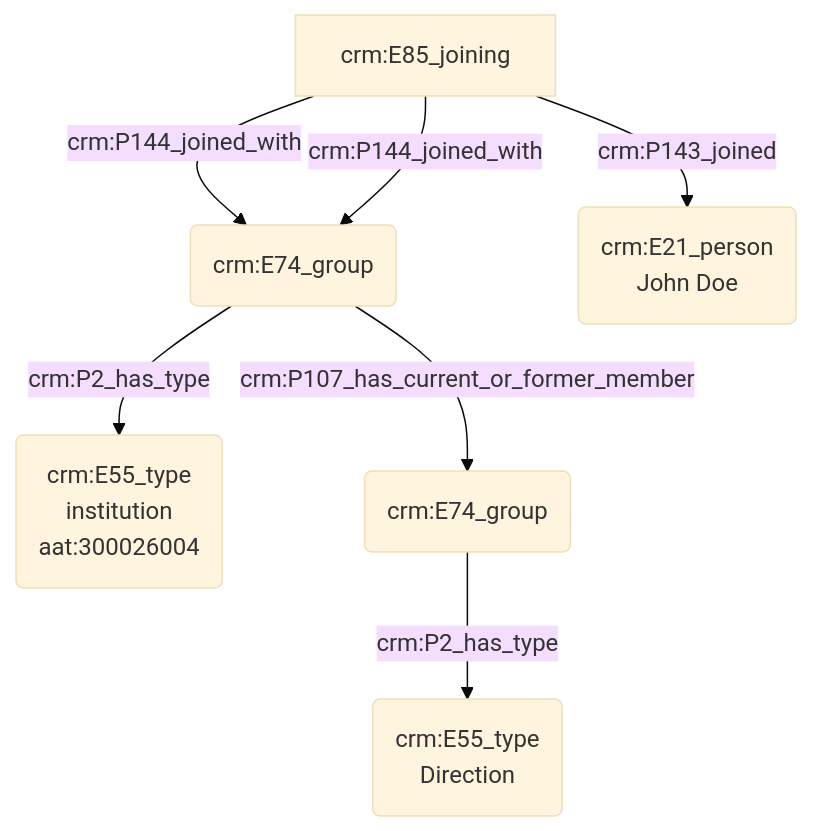
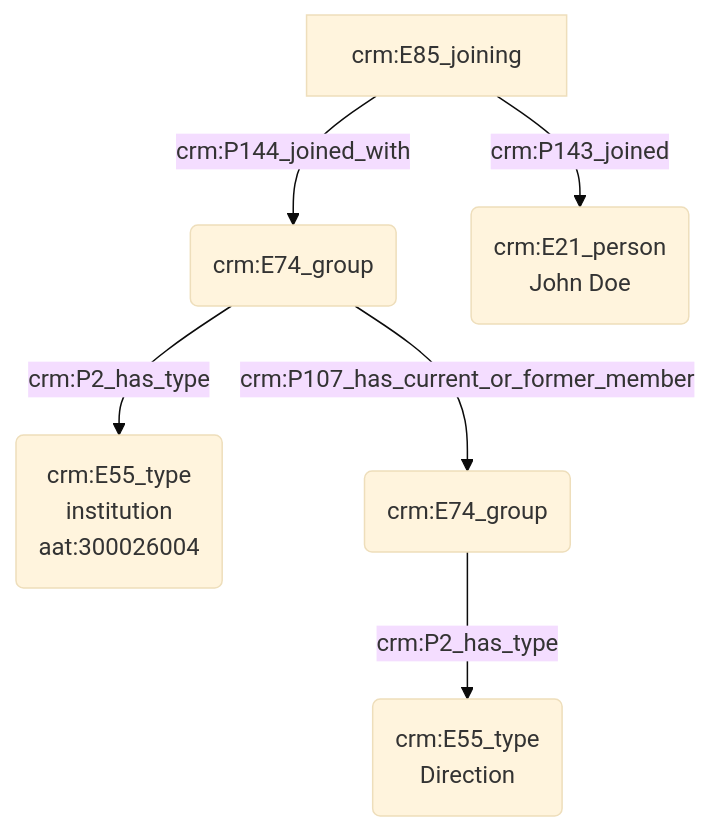
Before and after one commit to Amleth/consortium-musica2-gt2-ontologies: the diagram in modules/livrables/Dossier 2/Indexation conceptuelle/statut et fonction d'une personne réelle.md, drawn with Mermaid (base theme).

Commit message:
Update statut et fonction d'une personne réelle.md

````diff
--- a/modules/livrables/Dossier 2/Indexation conceptuelle/statut et fonction d'une personne réelle.md
+++ b/modules/livrables/Dossier 2/Indexation conceptuelle/statut et fonction d'une personne réelle.md
@@ -11,11 +11,10 @@
 ```mermaid
 graph TD;
 
 M(crm:E74_group) -->|crm:P2_has_type| N(crm:E55_type<br>institution<br>aat:300026004)
-U[crm:E85_joining] --> |crm:P144_joined_with| M(crm:E74_group)
 M(crm:E74_group) --> |crm:P107_has_current_or_former_member| S(crm:E74_group)
 S(crm:E74_group) --> |crm:P2_has_type| T(crm:E55_type<br>Direction)
 U[crm:E85_joining] -->|crm:P143_joined| A(crm:E21_person<br>John Doe)
 U[crm:E85_joining] --> |crm:P144_joined_with| M(crm:E74_group)
 
 ```
````
